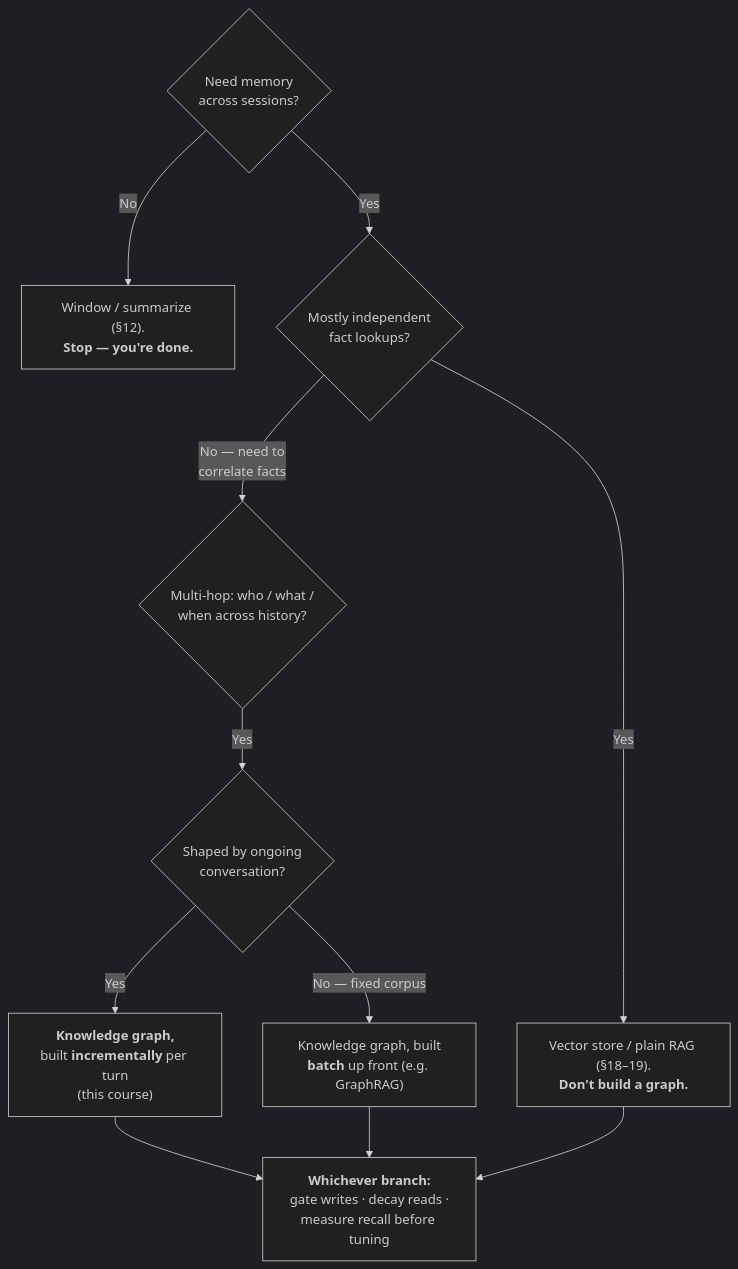
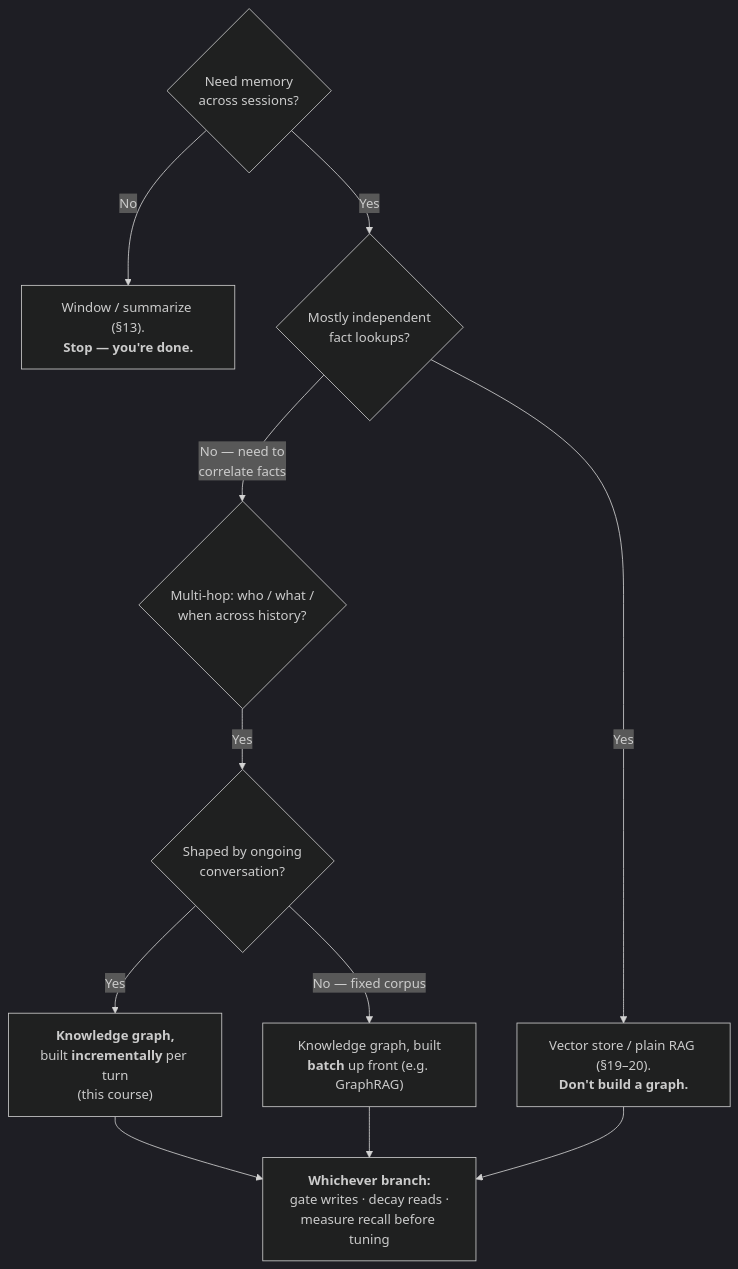
The second of 2 diagrams in agent-memory/lessons/11-the-opinionated-default.md (alextra-lab/llm-course), drawn with Mermaid (dark theme) before and after one commit. The commit also changed other lines of this file and 168 other files, not shown here.

````diff
--- a/agent-memory/lessons/11-the-opinionated-default.md
+++ b/agent-memory/lessons/11-the-opinionated-default.md
@@ -115,13 +115,13 @@
 ```mermaid
 flowchart TD
-    A{"Need memory<br/>across sessions?"} -->|No| B["Window / summarize (§12).<br/><b>Stop — you're done.</b>"]
+    A{"Need memory<br/>across sessions?"} -->|No| B["Window / summarize (§13).<br/><b>Stop — you're done.</b>"]
     A -->|Yes| C{"Mostly independent<br/>fact lookups?"}
-    C -->|Yes| E["Vector store / plain RAG (§18–19).<br/><b>Don't build a graph.</b>"]
+    C -->|Yes| E["Vector store / plain RAG (§19–20).<br/><b>Don't build a graph.</b>"]
     C -->|"No — need to<br/>correlate facts"| F{"Multi-hop: who / what /<br/>when across history?"}
     F -->|Yes| H{"Shaped by ongoing<br/>conversation?"}
     H -->|"Yes"| I["<b>Knowledge graph,</b><br/>built <b>incrementally</b> per turn<br/>(this course)"]
     H -->|"No — fixed corpus"| J["Knowledge graph, built<br/><b>batch</b> up front (e.g. GraphRAG)"]
     I --> K["<b>Whichever branch:</b><br/>gate writes · decay reads ·<br/>measure recall before tuning"]
     J --> K
     E --> K
 ```
````
